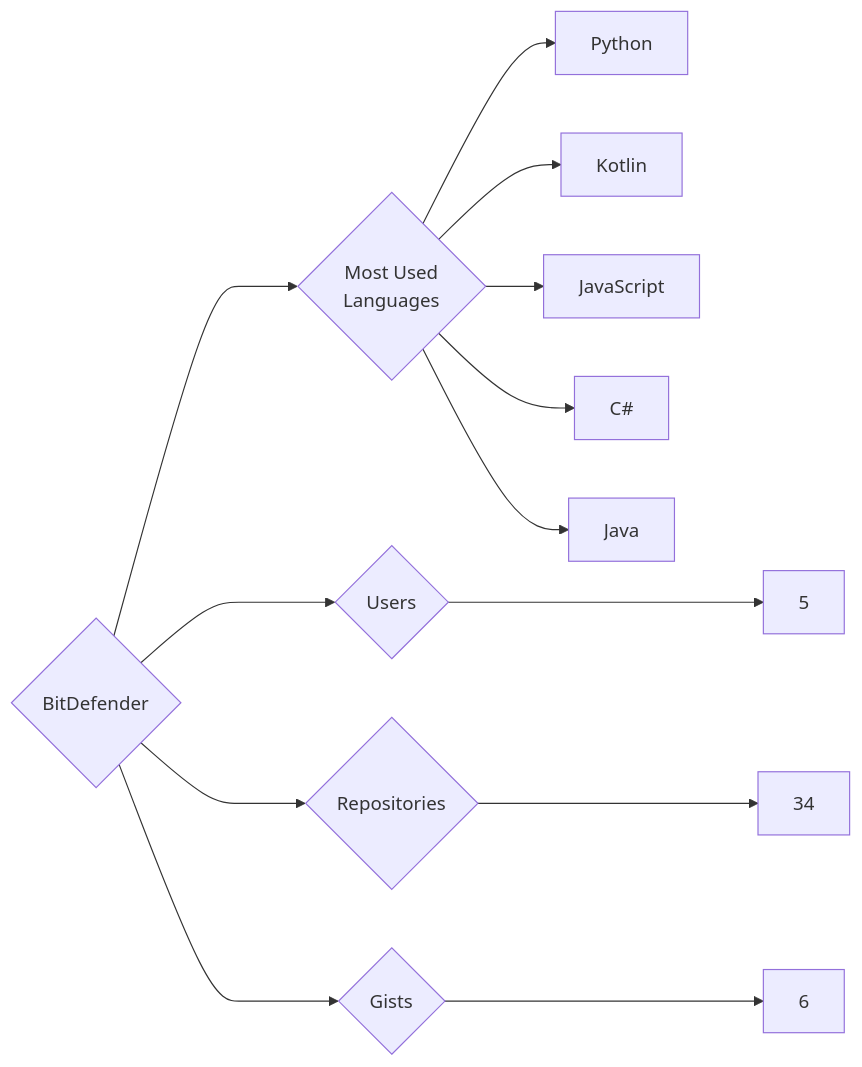
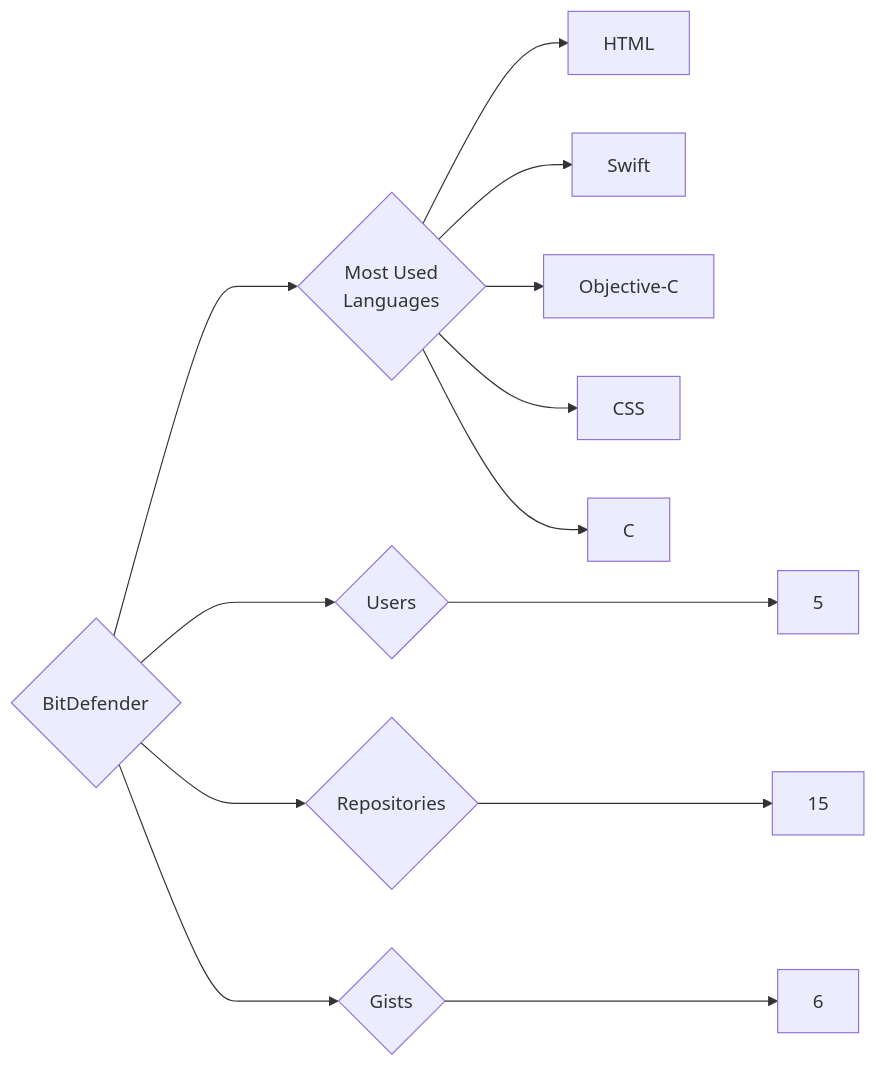
Before and after one commit to trickest/insiders: the diagram in targets/BitDefender/README.md, drawn with Mermaid. The commit also changed 681 other files, not shown here.

````diff
--- a/targets/BitDefender/README.md
+++ b/targets/BitDefender/README.md
@@ -3,13 +3,13 @@
 ```mermaid
 graph LR
 COMPANY_NAME{BitDefender}
 COMPANY_NAME ---> U{Users} ---> UN[5]
-COMPANY_NAME ---> R{Repositories} ---> RN[34]
+COMPANY_NAME ---> R{Repositories} ---> RN[15]
 COMPANY_NAME ---> G{Gists} ---> GN[6]
 COMPANY_NAME ---> ML{Most Used<br>Languages}
-ML --> Python[Python]
-ML --> Kotlin[Kotlin]
-ML --> JavaScript[JavaScript]
-ML --> C#[C#]
-ML --> Java[Java]
+ML --> HTML[HTML]
+ML --> Swift[Swift]
+ML --> Objective-C[Objective-C]
+ML --> CSS[CSS]
+ML --> C[C]
 ```
````
